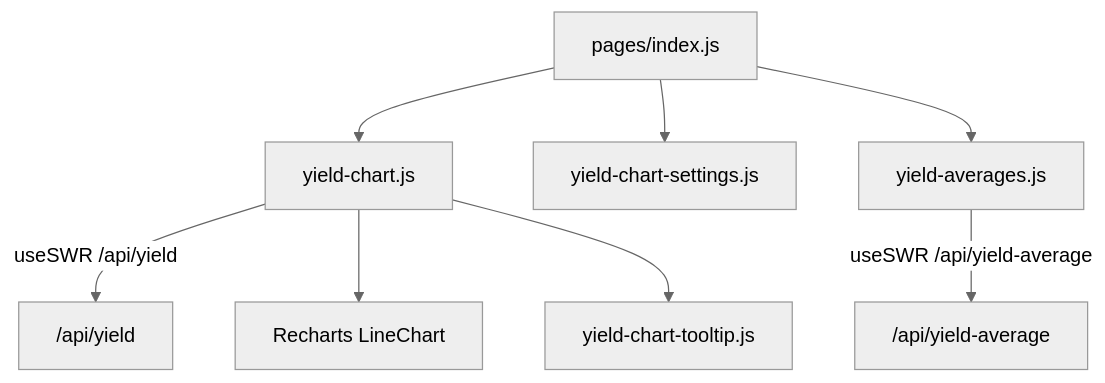
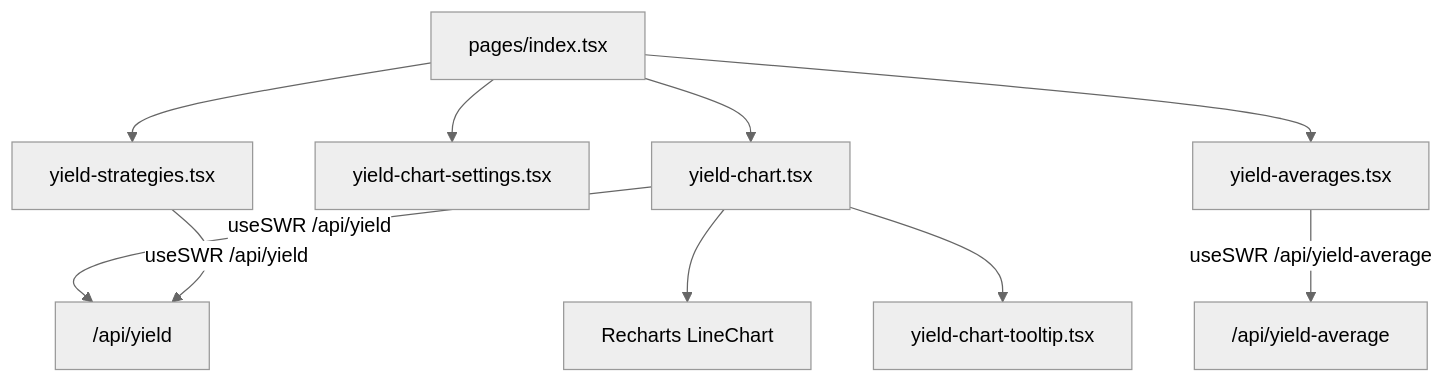
One commit to nyg/yield-borg changed the third of 3 diagrams in docs/architecture.md. Above: the diagram before and after it, drawn with Mermaid (neutral theme). The commit also changed other lines of this file and 85 other files, not shown here.

````diff
--- a/docs/architecture.md
+++ b/docs/architecture.md
@@ -89,12 +89,14 @@
 ```mermaid
 flowchart TD
-    Page["pages/index.js"] --> Chart[yield-chart.js]
-    Page --> Settings[yield-chart-settings.js]
-    Page --> Averages[yield-averages.js]
+    Page["pages/index.tsx"] --> Chart[yield-chart.tsx]
+    Page --> Settings[yield-chart-settings.tsx]
+    Page --> Strategies[yield-strategies.tsx]
+    Page --> Averages[yield-averages.tsx]
 
     Chart -->|"useSWR /api/yield"| API1["/api/yield"]
+    Strategies -->|"useSWR /api/yield"| API1
     Averages -->|"useSWR /api/yield-average"| API2["/api/yield-average"]
 
     Chart --> Recharts[Recharts LineChart]
-    Chart --> Tooltip[yield-chart-tooltip.js]
+    Chart --> Tooltip[yield-chart-tooltip.tsx]
 ```
````
